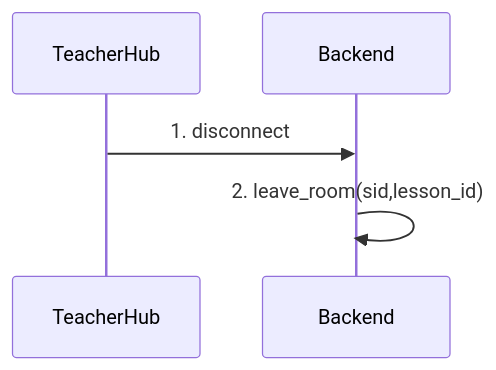
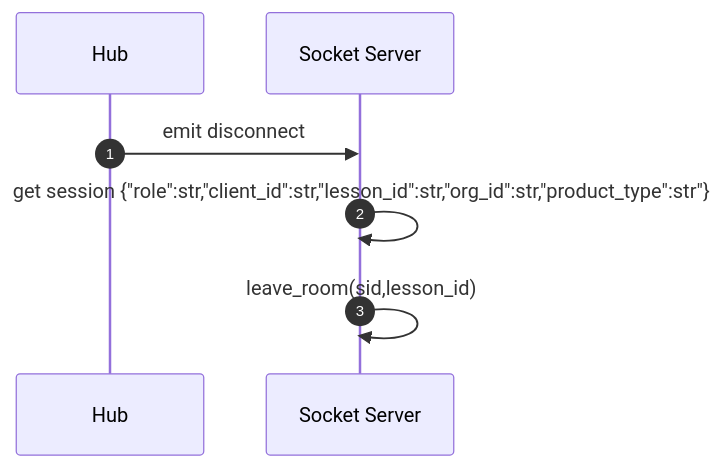
Before and after one commit to claire0613/ocelot_docs: the second of 3 diagrams in socket_event_all/on_disconnect event.md, drawn with Mermaid. The commit also changed other lines of this file and 9 other files, not shown here.

````diff
--- a/socket_event_all/on_disconnect event.md
+++ b/socket_event_all/on_disconnect event.md
@@ -78,9 +65,10 @@
-      ```mermaid
-      sequenceDiagram
+    ```mermaid
+    sequenceDiagram
+    autonumber
+        participant A as Hub
+        participant B as Socket Server
+        A->>B: emit disconnect
+        B->>B: get session {"role":str,"client_id":str,"lesson_id":str,"org_id":str,"product_type":str"}
+        B->>B: leave_room(sid,lesson_id)
 
-          participant A as TeacherHub
-          participant B as Backend
-          A->>B: 1. disconnect
-          B->>B: 2. leave_room(sid,lesson_id)
-
-      ```
+    ```
````
